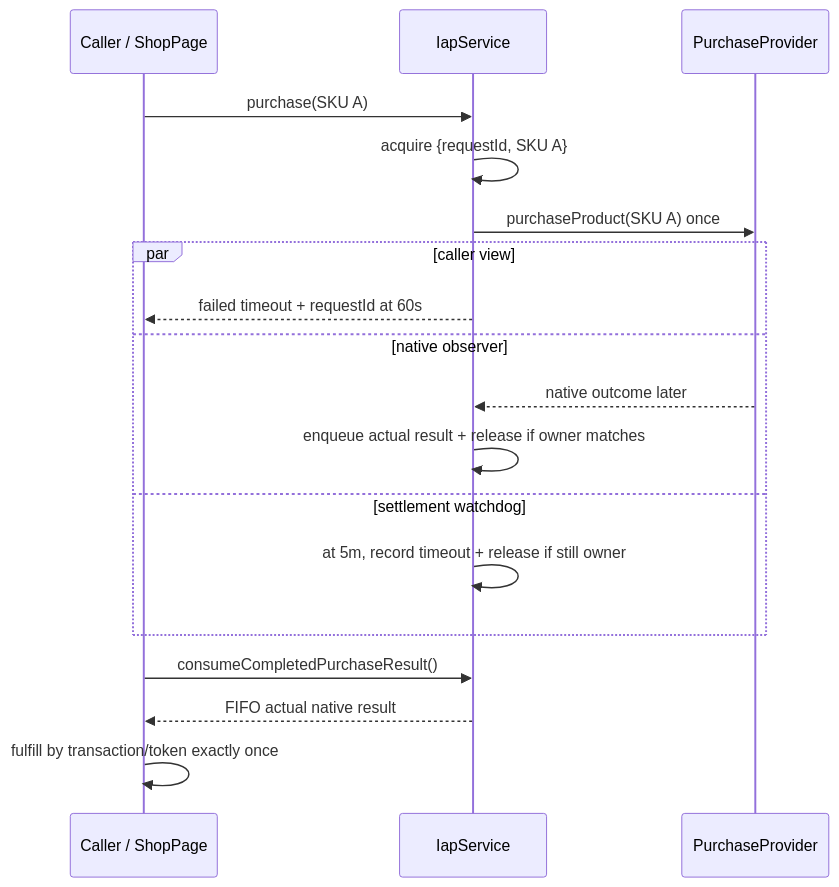
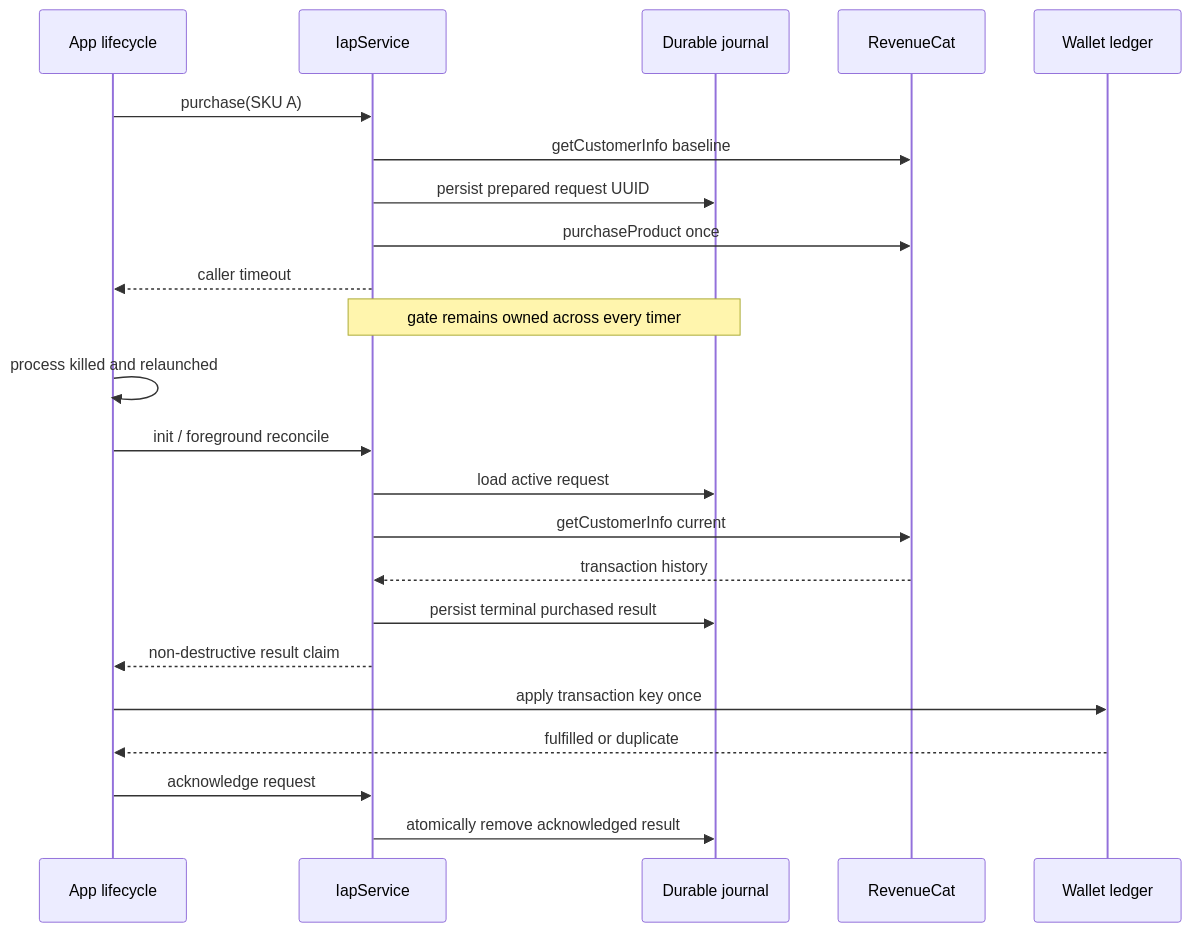
The second of 2 diagrams in docs/plans/2026-07-10-001-fix-iap-purchase-settlement-serialization-plan.md (batu/fabrikav2), drawn with Mermaid before and after one commit. The commit also changed other lines of this file, not shown here.

First line of the commit message:
docs(iap): harden purchase settlement plan

````diff
--- a/docs/plans/2026-07-10-001-fix-iap-purchase-settlement-serialization-plan.md
+++ b/docs/plans/2026-07-10-001-fix-iap-purchase-settlement-serialization-plan.md
@@ -138,21 +187,26 @@
 ```mermaid
 sequenceDiagram
-  participant UI as Caller / ShopPage
+  participant App as App lifecycle
   participant IAP as IapService
-  participant RC as PurchaseProvider
+  participant J as Durable journal
+  participant RC as RevenueCat
+  participant W as Wallet ledger
 
-  UI->>IAP: purchase(SKU A)
-  IAP->>IAP: acquire {requestId, SKU A}
-  IAP->>RC: purchaseProduct(SKU A) once
-  par caller view
-    IAP-->>UI: failed timeout + requestId at 60s
-  and native observer
-    RC-->>IAP: native outcome later
-    IAP->>IAP: enqueue actual result + release if owner matches
-  and settlement watchdog
-    IAP->>IAP: at 5m, record timeout + release if still owner
-  end
-  UI->>IAP: consumeCompletedPurchaseResult()
-  IAP-->>UI: FIFO actual native result
-  UI->>UI: fulfill by transaction/token exactly once
+  App->>IAP: purchase(SKU A)
+  IAP->>RC: getCustomerInfo baseline
+  IAP->>J: persist prepared request UUID
+  IAP->>RC: purchaseProduct once
+  IAP-->>App: caller timeout
+  Note over IAP,J: gate remains owned across every timer
+  App->>App: process killed and relaunched
+  App->>IAP: init / foreground reconcile
+  IAP->>J: load active request
+  IAP->>RC: getCustomerInfo current
+  RC-->>IAP: transaction history
+  IAP->>J: persist terminal purchased result
+  IAP-->>App: non-destructive result claim
+  App->>W: apply transaction key once
+  W-->>App: fulfilled or duplicate
+  App->>IAP: acknowledge request
+  IAP->>J: atomically remove acknowledged result
 ```
````
